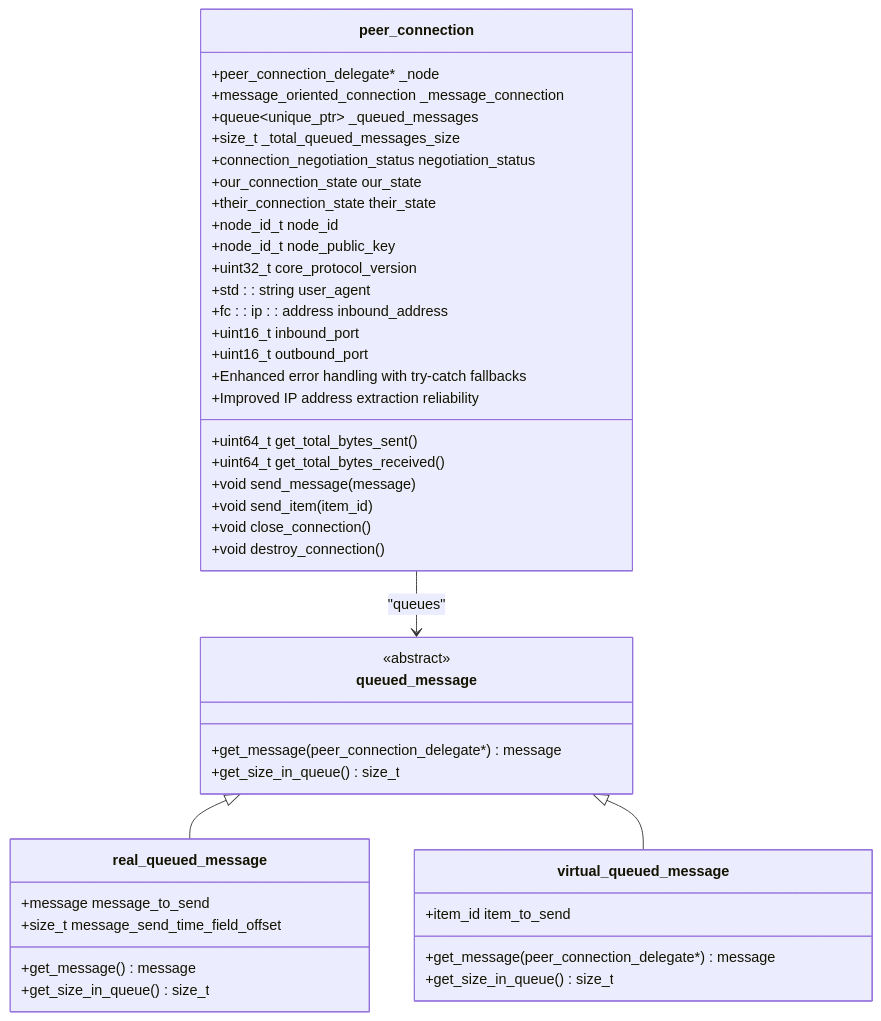
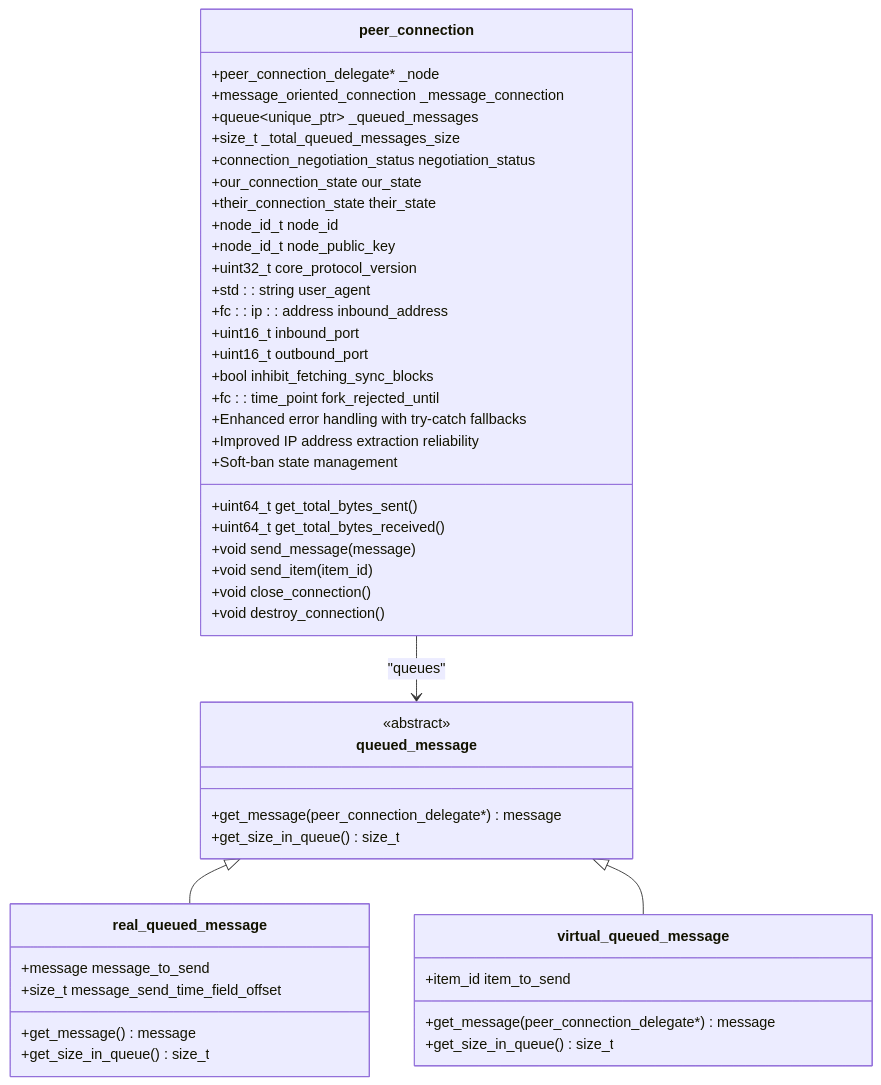
One commit to VIZ-Blockchain/viz-cpp-node changed the third of 10 diagrams in .qoder/repowiki/en/content/Architecture Overview/Core Libraries/Network Library/Peer Connection Management.md. Above: the diagram before and after it, drawn with Mermaid. The commit also changed other lines of this file and 4 other files, not shown here.

````diff
--- a/.qoder/repowiki/en/content/Architecture Overview/Core Libraries/Network Library/Peer Connection Management.md
+++ b/.qoder/repowiki/en/content/Architecture Overview/Core Libraries/Network Library/Peer Connection Management.md
@@ -168,46 +197,49 @@
 ```mermaid
 classDiagram
 class peer_connection {
 +peer_connection_delegate* _node
 +message_oriented_connection _message_connection
 +queue~unique_ptr~ _queued_messages
 +size_t _total_queued_messages_size
 +connection_negotiation_status negotiation_status
 +our_connection_state our_state
 +their_connection_state their_state
 +node_id_t node_id
 +node_id_t node_public_key
 +uint32_t core_protocol_version
 +std : : string user_agent
 +fc : : ip : : address inbound_address
 +uint16_t inbound_port
 +uint16_t outbound_port
++bool inhibit_fetching_sync_blocks
++fc : : time_point fork_rejected_until
 +uint64_t get_total_bytes_sent()
 +uint64_t get_total_bytes_received()
 +void send_message(message)
 +void send_item(item_id)
 +void close_connection()
 +void destroy_connection()
 +Enhanced error handling with try-catch fallbacks
 +Improved IP address extraction reliability
++Soft-ban state management
 }
 class queued_message {
 <<abstract>>
 +get_message(peer_connection_delegate*) message
 +get_size_in_queue() size_t
 }
 class real_queued_message {
 +message message_to_send
 +size_t message_send_time_field_offset
 +get_message() message
 +get_size_in_queue() size_t
 }
 class virtual_queued_message {
 +item_id item_to_send
 +get_message(peer_connection_delegate*) message
 +get_size_in_queue() size_t
 }
 peer_connection --> queued_message : "queues"
 queued_message <|-- real_queued_message
 queued_message <|-- virtual_queued_message
 ```
````
